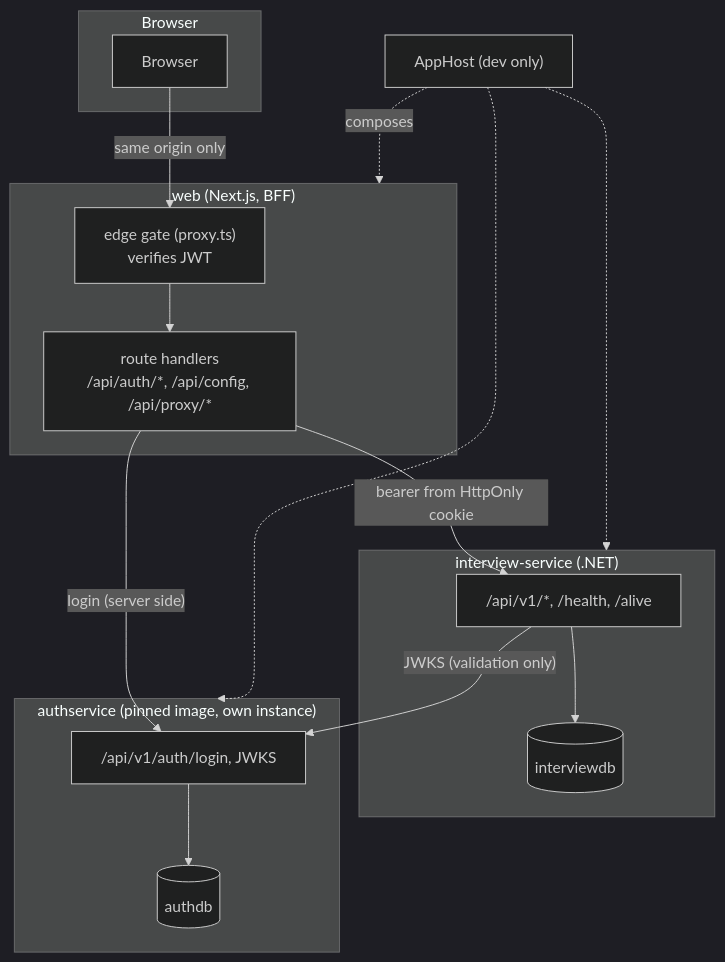
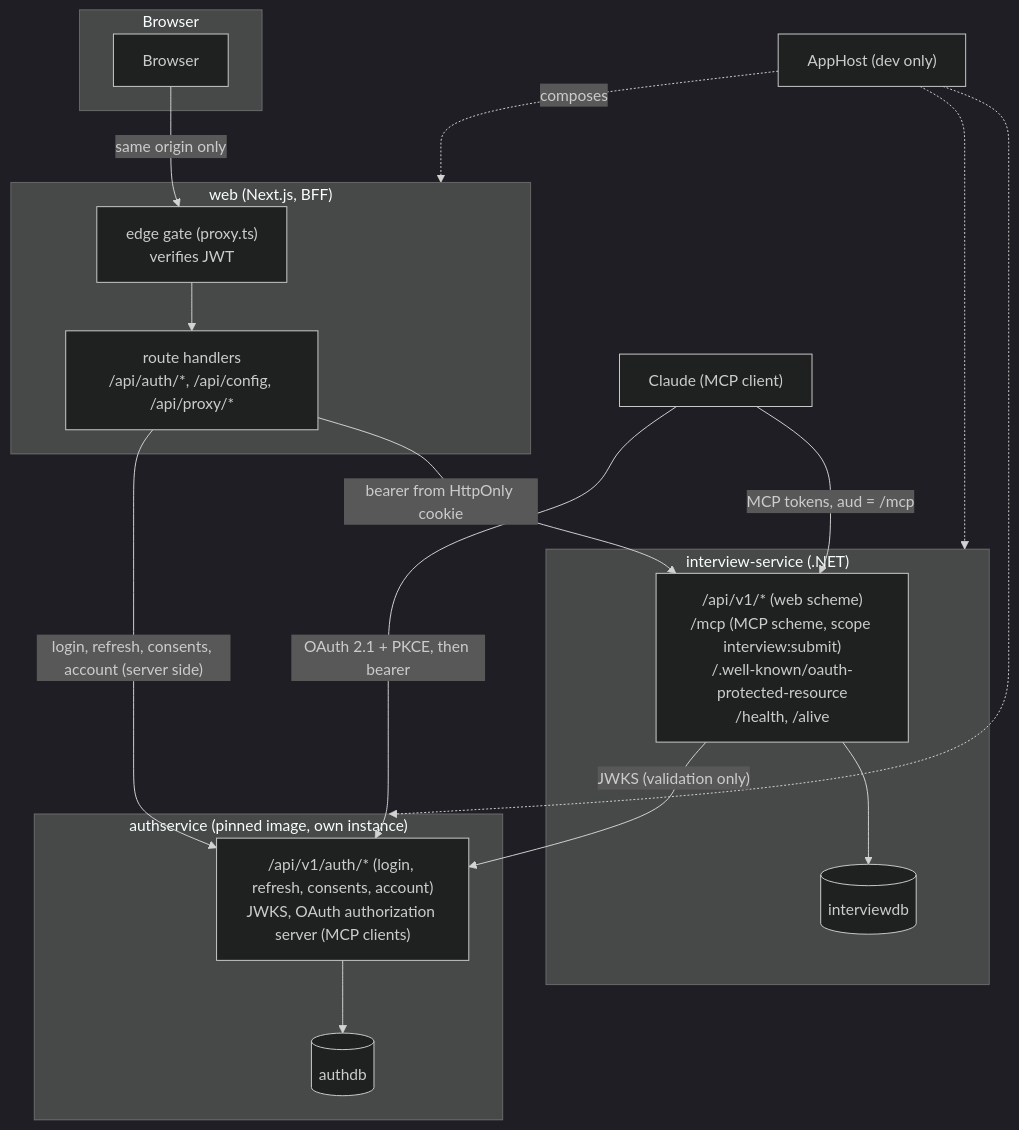
Before and after one commit to konradcinkusz/exit-interview-agent: the diagram in docs/diagrams/system.mmd, drawn with Mermaid (dark theme). The commit also changed 13 other files, not shown here.

First line of the commit message:
T2: ADRs 0012-0014, deny-by-default endpoint matrix test, web security headers, MCP local-dev docs

```diff
--- a/docs/diagrams/system.mmd
+++ b/docs/diagrams/system.mmd
@@ -1,25 +1,27 @@
 flowchart TB
     subgraph Browser
         B[Browser]
     end
     subgraph Web["web (Next.js, BFF)"]
         GATE["edge gate (proxy.ts)<br/>verifies JWT"]
         BFF["route handlers<br/>/api/auth/*, /api/config, /api/proxy/*"]
     end
     subgraph Svc["interview-service (.NET)"]
-        API["/api/v1/*, /health, /alive"]
+        API["/api/v1/* (web scheme)<br/>/mcp (MCP scheme, scope interview:submit)<br/>/.well-known/oauth-protected-resource<br/>/health, /alive"]
         DBX[("interviewdb")]
     end
     subgraph Auth["authservice (pinned image, own instance)"]
-        AUTHAPI["/api/v1/auth/login, JWKS"]
+        AUTHAPI["/api/v1/auth/* (login, refresh, consents, account)<br/>JWKS, OAuth authorization server (MCP clients)"]
         AUTHDB[("authdb")]
     end
     B -->|"same origin only"| GATE --> BFF
-    BFF -->|"login (server side)"| AUTHAPI
+    BFF -->|"login, refresh, consents, account (server side)"| AUTHAPI
     BFF -->|"bearer from HttpOnly cookie"| API
     API -->|"JWKS (validation only)"| AUTHAPI
+    CL["Claude (MCP client)"] -->|"OAuth 2.1 + PKCE, then bearer"| AUTHAPI
+    CL -->|"MCP tokens, aud = /mcp"| API
     API --> DBX
     AUTHAPI --> AUTHDB
     AH["AppHost (dev only)"] -.->|"composes"| Web
     AH -.-> Svc
     AH -.-> Auth
```
